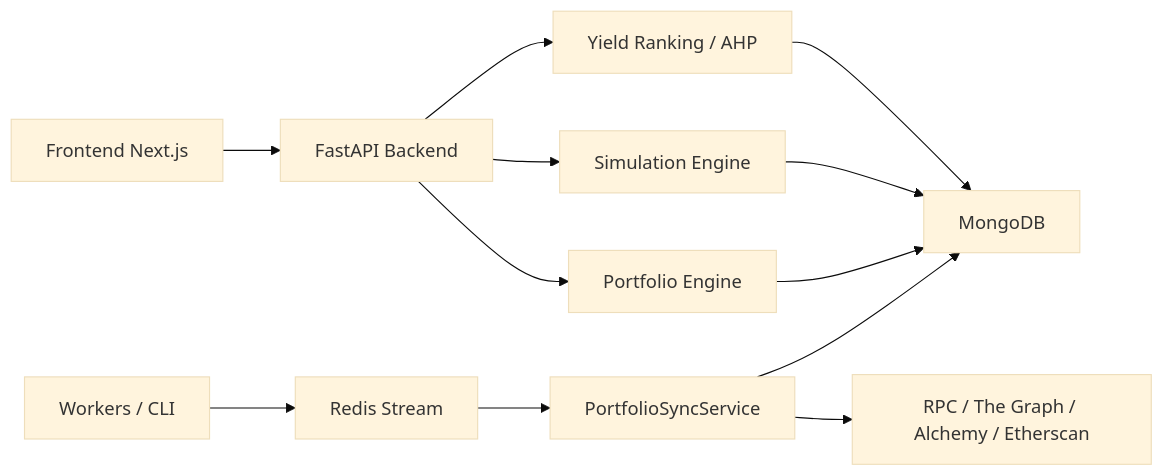
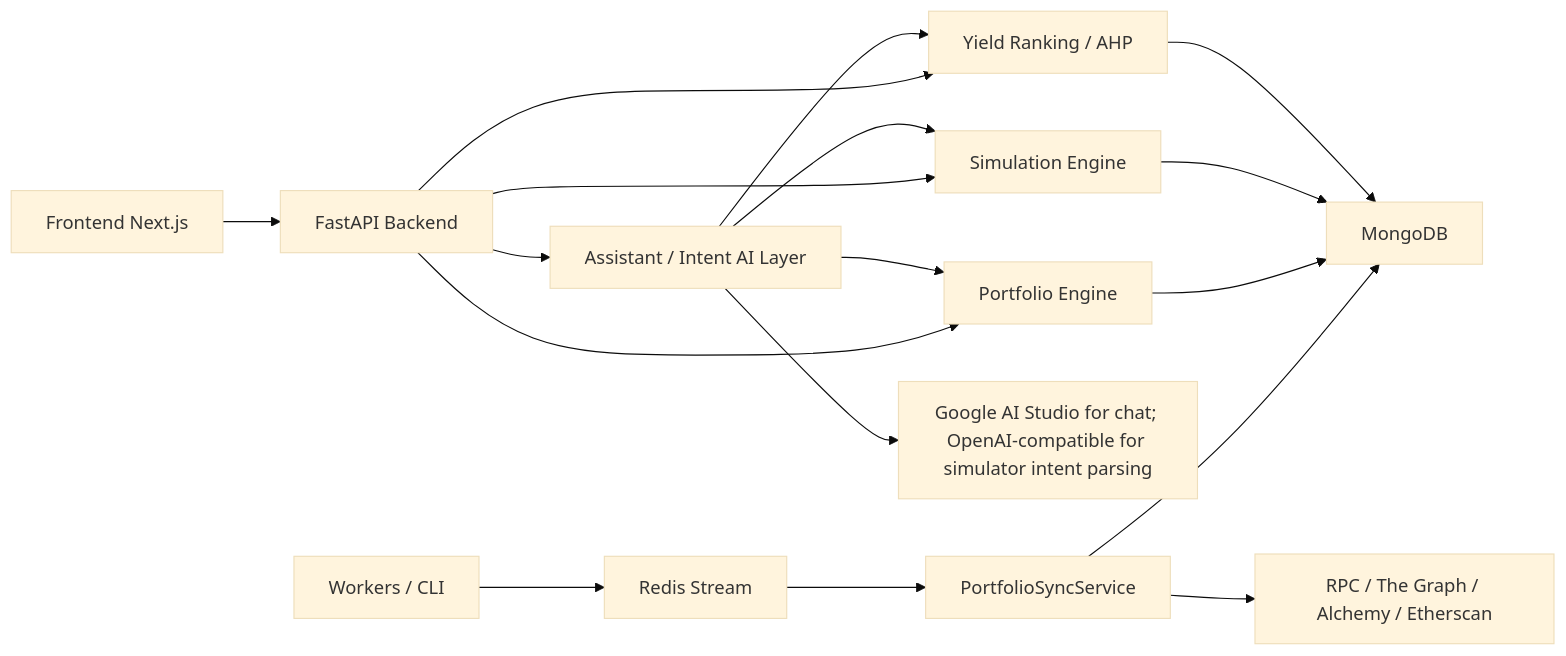
The first of 5 diagrams in docs/PROJECT_DOCUMENTATION.md (vannt-004/defi-intent-flow), drawn with Mermaid (base theme) before and after one commit. The commit also changed other lines of this file and 49 other files, not shown here.

````diff
--- a/docs/PROJECT_DOCUMENTATION.md
+++ b/docs/PROJECT_DOCUMENTATION.md
@@ -17,14 +17,19 @@
 ```mermaid
 flowchart LR
     UI["Frontend Next.js"] --> API["FastAPI Backend"]
     API --> Portfolio["Portfolio Engine"]
     API --> Simulation["Simulation Engine"]
     API --> Yield["Yield Ranking / AHP"]
+    API --> Assistant["Assistant / Intent AI Layer"]
+    Assistant --> LLM["Google AI Studio for chat; OpenAI-compatible for simulator intent parsing"]
+    Assistant --> Portfolio
+    Assistant --> Simulation
+    Assistant --> Yield
     Worker["Workers / CLI"] --> Queue["Redis Stream"]
     Queue --> Sync["PortfolioSyncService"]
     Sync --> Chain["RPC / The Graph / Alchemy / Etherscan"]
     Sync --> Mongo["MongoDB"]
     Portfolio --> Mongo
     Simulation --> Mongo
     Yield --> Mongo
 ```
````
